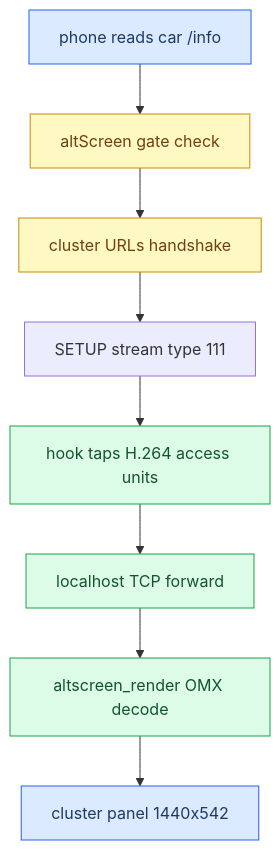
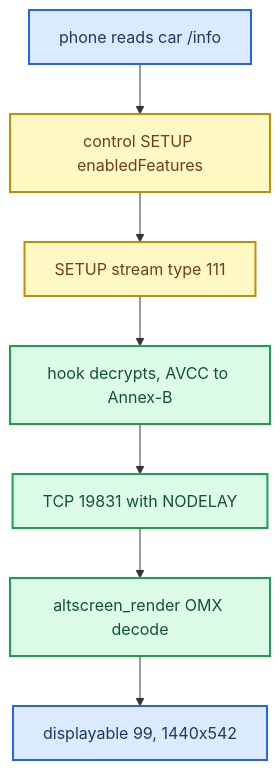
Before and after one commit to luka-dev/mib2q-carplay-rgi: the diagram in docs-obsidian/AltScreen and Video/AltScreen and Video MOC.md, drawn with Mermaid. The commit also changed other lines of this file and 43 other files, not shown here.

````diff
--- a/docs-obsidian/AltScreen and Video/AltScreen and Video MOC.md
+++ b/docs-obsidian/AltScreen and Video/AltScreen and Video MOC.md
@@ -15,26 +15,24 @@
 ```mermaid
 flowchart TB
   accTitle: AltScreen cluster video delivery path
-  accDescr: Phone reads car info, gates altScreen, sets up stream 111, hook forwards over TCP to altscreen_render which OMX-decodes and posts to the cluster panel.
+  accDescr: The phone reads the car info and negotiates altScreen in the control SETUP, sets up stream 111, the hook forwards Annex-B over TCP 19831 to altscreen_render, which OMX-decodes and draws to cluster displayable 99.
   info["phone reads car /info"]
-  gate["altScreen gate check"]
-  urls["cluster URLs handshake"]
+  gate["control SETUP enabledFeatures"]
   setup["SETUP stream type 111"]
-  hook["hook taps H.264 access units"]
-  tcp["localhost TCP forward"]
+  hook["hook decrypts, AVCC to Annex-B"]
+  tcp["TCP 19831 with NODELAY"]
   render["altscreen_render OMX decode"]
-  panel["cluster panel 1440x542"]
+  panel["displayable 99, 1440x542"]
   info --> gate
-  gate --> urls
-  urls --> setup
+  gate --> setup
   setup --> hook
   hook --> tcp
   tcp --> render
   render --> panel
+  classDef primary fill:#dbeafe,stroke:#2563eb,stroke-width:2px,color:#1e3a5f
+  classDef success fill:#dcfce7,stroke:#16a34a,stroke-width:2px,color:#14532d
+  classDef warning fill:#fef9c3,stroke:#ca8a04,stroke-width:2px,color:#713f12
   class info,panel primary
-  class gate,urls warning
+  class gate,setup warning
   class hook,tcp,render success
-  classDef primary fill:#dbeafe,stroke:#2563eb,color:#1e3a5f
-  classDef success fill:#dcfce7,stroke:#16a34a,color:#14532d
-  classDef warning fill:#fef9c3,stroke:#ca8a04,color:#713f12
 ```
````
